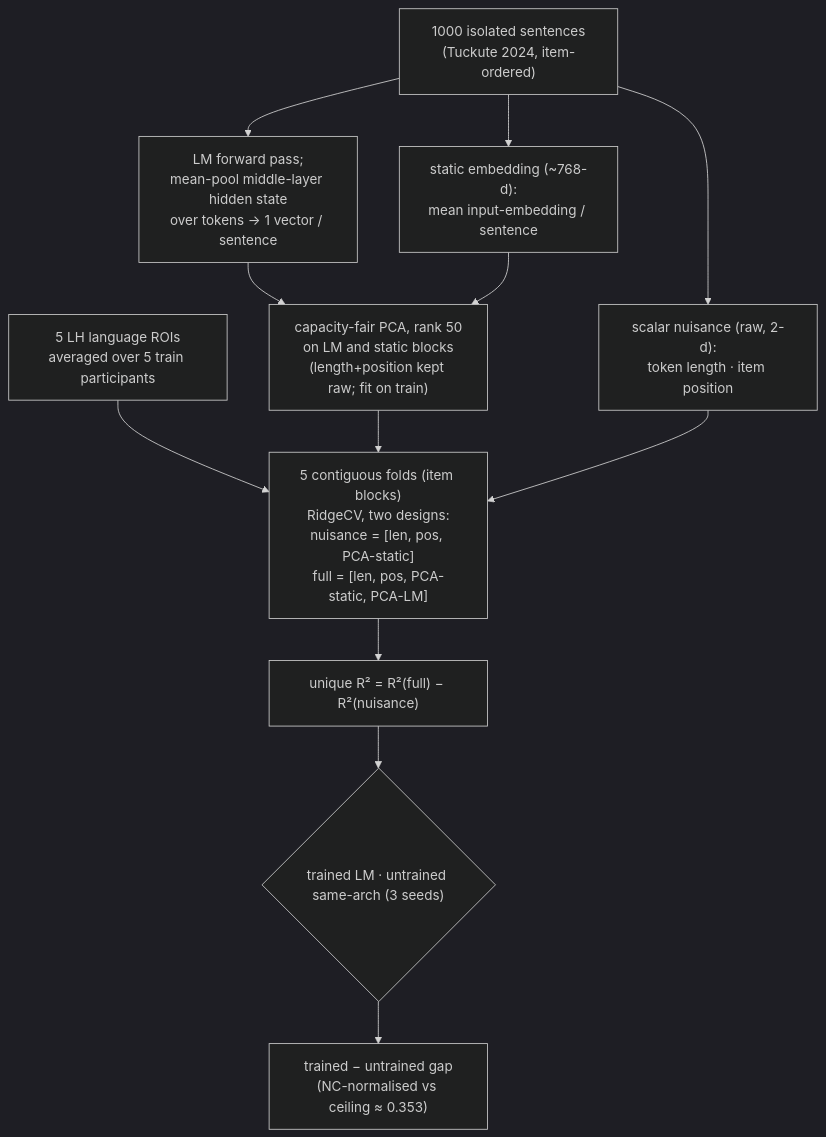
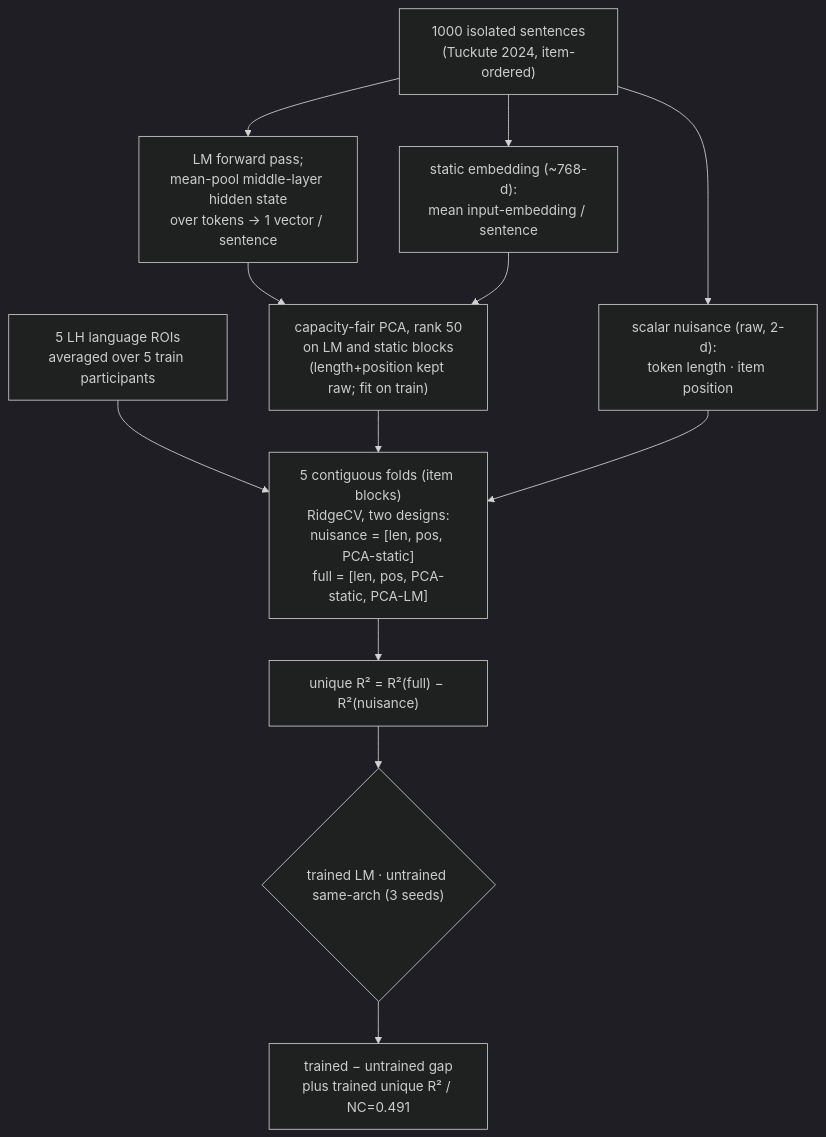
The diagram in docs/experiments/E002_tuckute-encoding-feasibility.md (MohammadErfan-Jabbari/brain-alignment), drawn with Mermaid (dark theme) before and after one commit. The commit also changed other lines of this file and 5 other files, not shown here.

````diff
--- a/docs/experiments/E002_tuckute-encoding-feasibility.md
+++ b/docs/experiments/E002_tuckute-encoding-feasibility.md
@@ -44,16 +47,16 @@
 ```mermaid
 flowchart TD
   SENT["1000 isolated sentences<br/>(Tuckute 2024, item-ordered)"] --> LM["LM forward pass;<br/>mean-pool middle-layer hidden state<br/>over tokens → 1 vector / sentence"]
   SENT --> LEN["scalar nuisance (raw, 2-d):<br/>token length · item position"]
   SENT --> STAT["static embedding (~768-d):<br/>mean input-embedding / sentence"]
 
   LM --> PCA["capacity-fair PCA, rank 50<br/>on LM and static blocks<br/>(length+position kept raw; fit on train)"]
   STAT --> PCA
 
   ROI["5 LH language ROIs<br/>averaged over 5 train participants"] --> CV
   PCA --> CV["5 contiguous folds (item blocks)<br/>RidgeCV, two designs:<br/>nuisance = [len, pos, PCA-static]<br/>full = [len, pos, PCA-static, PCA-LM]"]
   LEN --> CV
   CV --> UNIQ["unique R² = R²(full) − R²(nuisance)"]
   UNIQ --> ARMS{"trained LM · untrained same-arch (3 seeds)"}
-  ARMS --> GAP["trained − untrained gap<br/>(NC-normalised vs ceiling ≈ 0.353)"]
+  ARMS --> GAP["trained − untrained gap<br/>plus trained unique R² / NC=0.491"]
 ```
````
